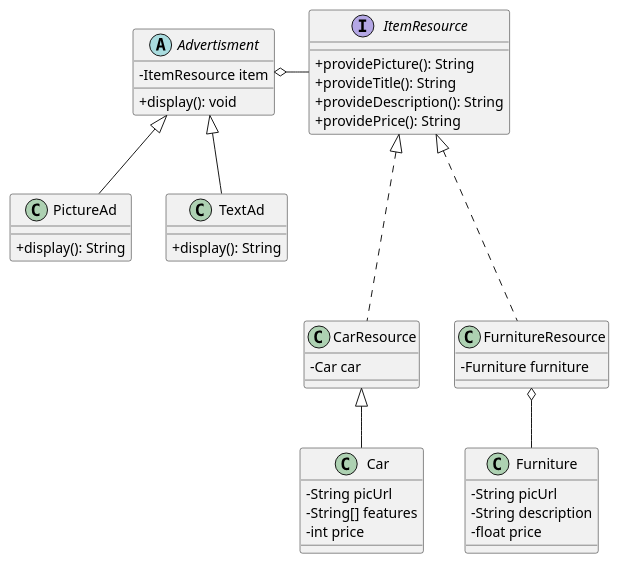
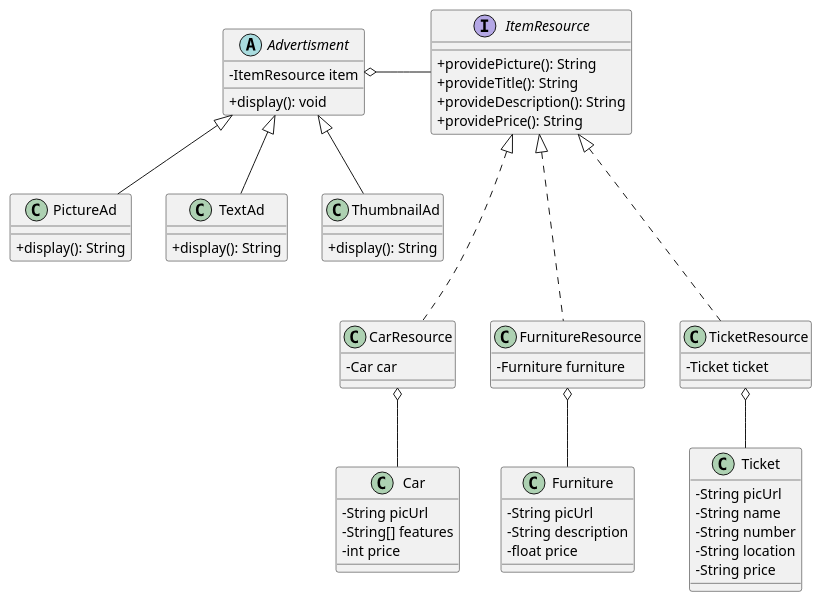
One commit to jimmyrabbit88/BridgeDP changed the diagram in out/production/Sales/bridgeUML_v2.puml. Above: the diagram before and after it, drawn with PlantUML. The commit also changed 13 other files, not shown here.

Commit message:
added a new ad type and a new item and its resource

```diff
--- a/out/production/Sales/bridgeUML_v2.puml
+++ b/out/production/Sales/bridgeUML_v2.puml
@@ -1,52 +1,71 @@
 @startuml
 skinparam classAttributeIconSize 0
 
 Advertisment <|-- PictureAd
 Advertisment <|-- TextAd
+Advertisment <|-- ThumbnailAd
 Advertisment o- ItemResource
 ItemResource <|... CarResource
 ItemResource <|... FurnitureResource
-CarResource <|-- Car
+ItemResource <|... TicketResource
+CarResource o-- Car
 FurnitureResource o-- Furniture
+TicketResource o-- Ticket
 
 abstract class Advertisment{
     - ItemResource item
     + display(): void
 }
 
 class PictureAd{
     + display(): String
 }
 
 class TextAd{
+    + display(): String
+}
+
+class ThumbnailAd{
     + display(): String
 }
 
 interface ItemResource {
     + providePicture(): String
     + provideTitle(): String
     + provideDescription(): String
     + providePrice(): String
 }
 
 class CarResource{
     - Car car
 }
 
 class FurnitureResource{
     -Furniture furniture
 }
 
+class TicketResource{
+    -Ticket ticket
+}
+
 class Car{
     - String picUrl
     - String[] features
     - int price
 }
 
 class Furniture{
     - String picUrl
     - String description
     - float price
 }
 
+class Ticket{
+    - String picUrl
+    - String name
+    - String number
+    - String location
+    - String price
+}
+
 @enduml
```
